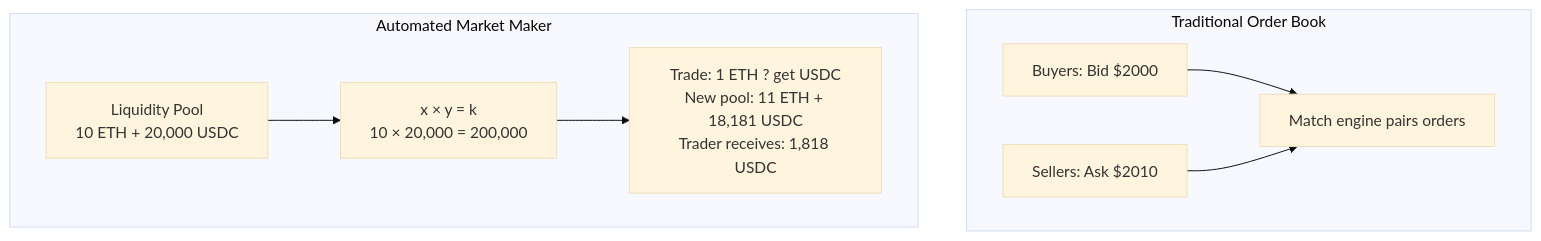
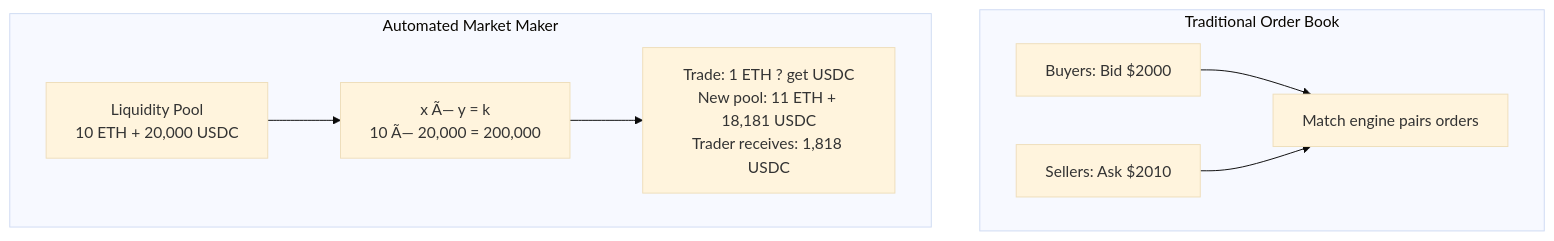
Before and after one commit to Raushan666java/ai-engineering-journey: the third of 7 diagrams in docs/courses/blockchain/08-defi.md, drawn with Mermaid (base theme). The commit also changed other lines of this file and 735 other files, not shown here.

````diff
--- a/docs/courses/blockchain/08-defi.md
+++ b/docs/courses/blockchain/08-defi.md
@@ -99,18 +99,18 @@
 ```mermaid
 flowchart TB
     subgraph TraditionalDEX["Traditional Order Book"]
         Buyers["Buyers: Bid $2000"]
         Sellers["Sellers: Ask $2010"]
         Match["Match engine pairs orders"]
     end
     subgraph AMM["Automated Market Maker"]
         Pool["Liquidity Pool<br/>10 ETH + 20,000 USDC"]
-        Formula["x × y = k<br/>10 × 20,000 = 200,000"]
+        Formula["x Ã— y = k<br/>10 Ã— 20,000 = 200,000"]
         Trade["Trade: 1 ETH ? get USDC<br/>New pool: 11 ETH + 18,181 USDC<br/>Trader receives: 1,818 USDC"]
     end
     
     Buyers --> Match
     Sellers --> Match
     Pool --> Formula
     Formula --> Trade
 ```
````
